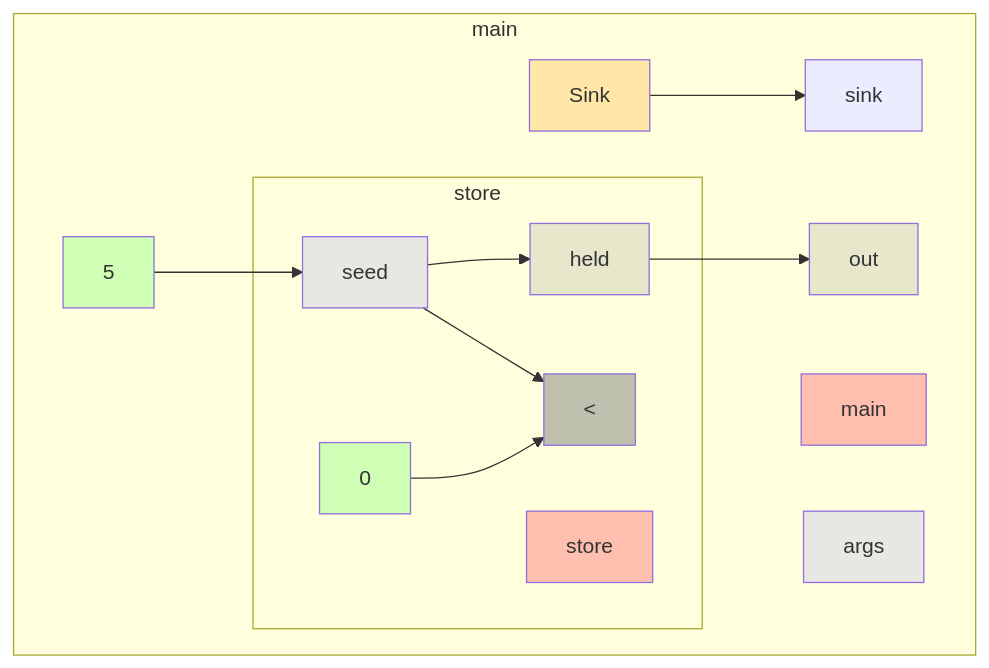
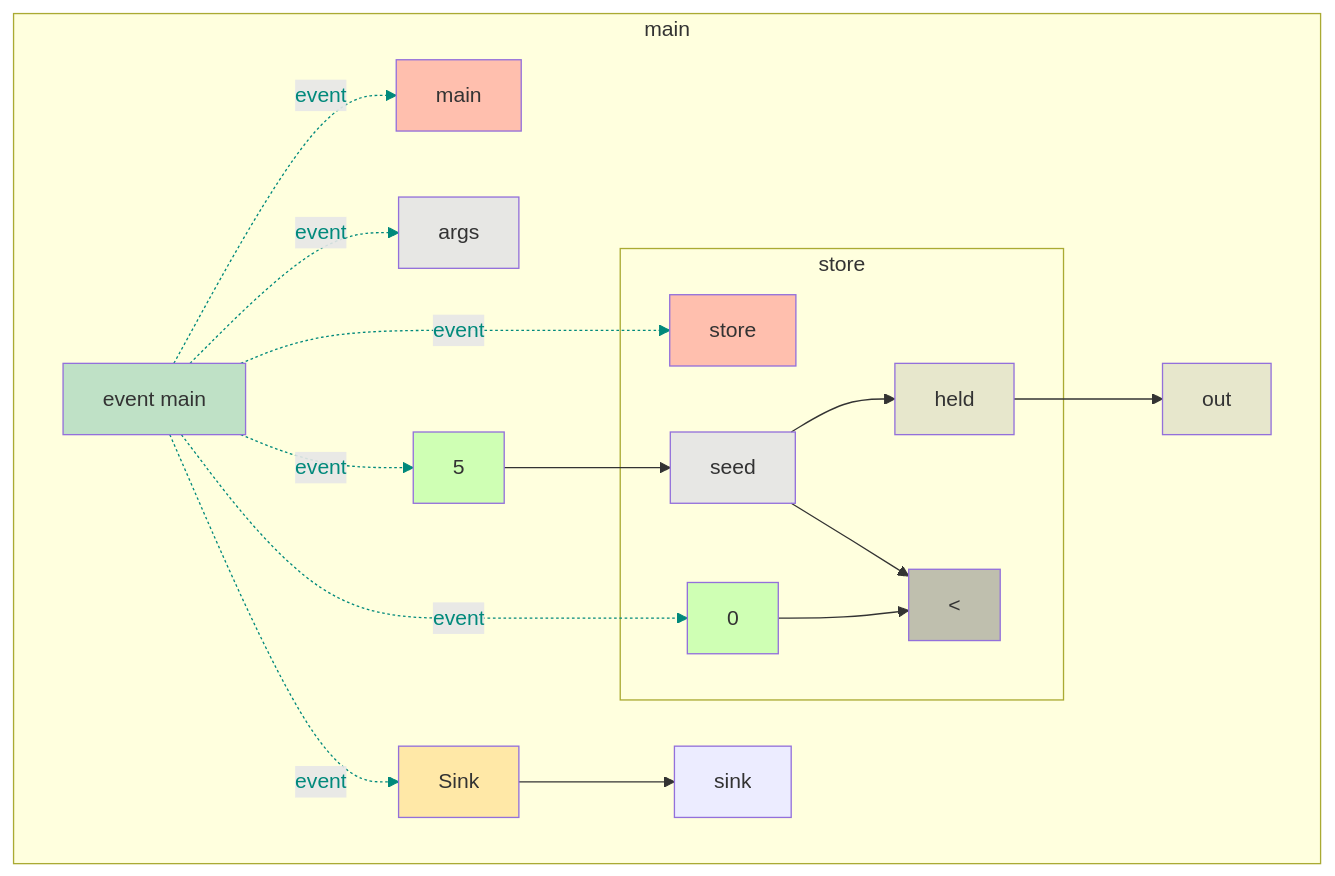
The diagram in app/src/test/resources/voidReturn/snapshot.md (gstiebler/codeflow), drawn with Mermaid before and after one commit. The commit also changed 77 other files, not shown here.

````diff
--- a/app/src/test/resources/voidReturn/snapshot.md
+++ b/app/src/test/resources/voidReturn/snapshot.md
@@ -1,31 +1,45 @@
 ```mermaid
 flowchart TD
   subgraph b0["main"]
-    n1[main]:::RETURN
-    n2[args]:::FUNC_PARAM
-    n3[Sink]:::EXTERNAL
-    n4[sink]:::OBJ_VARIABLE
-    n5[5]:::LITERAL
-    n12[out]:::VARIABLE
-    n3[Sink]:::EXTERNAL --> n4[sink]:::OBJ_VARIABLE
-    n5[5]:::LITERAL --> n8[seed]:::FUNC_PARAM
-    n11[held]:::VARIABLE --> n12[out]:::VARIABLE
-    subgraph b6["store"]
-      n7[store]:::RETURN
-      n8[seed]:::FUNC_PARAM
-      n9[0]:::LITERAL
-      n10[<]:::BIN_OP
-      n11[held]:::VARIABLE
-      n8[seed]:::FUNC_PARAM --> n10[<]:::BIN_OP
-      n8[seed]:::FUNC_PARAM --> n11[held]:::VARIABLE
-      n9[0]:::LITERAL --> n10[<]:::BIN_OP
+    n1[event main]:::EVENT
+    n2[main]:::RETURN
+    n3[args]:::FUNC_PARAM
+    n4[Sink]:::EXTERNAL
+    n5[sink]:::OBJ_VARIABLE
+    n6[5]:::LITERAL
+    n13[out]:::VARIABLE
+    n1[event main]:::EVENT -. event .-> n2[main]:::RETURN
+    n1[event main]:::EVENT -. event .-> n3[args]:::FUNC_PARAM
+    n1[event main]:::EVENT -. event .-> n4[Sink]:::EXTERNAL
+    n1[event main]:::EVENT -. event .-> n6[5]:::LITERAL
+    n1[event main]:::EVENT -. event .-> n8[store]:::RETURN
+    n1[event main]:::EVENT -. event .-> n10[0]:::LITERAL
+    n4[Sink]:::EXTERNAL --> n5[sink]:::OBJ_VARIABLE
+    n6[5]:::LITERAL --> n9[seed]:::FUNC_PARAM
+    n12[held]:::VARIABLE --> n13[out]:::VARIABLE
+    subgraph b7["store"]
+      n8[store]:::RETURN
+      n9[seed]:::FUNC_PARAM
+      n10[0]:::LITERAL
+      n11[<]:::BIN_OP
+      n12[held]:::VARIABLE
+      n9[seed]:::FUNC_PARAM --> n11[<]:::BIN_OP
+      n9[seed]:::FUNC_PARAM --> n12[held]:::VARIABLE
+      n10[0]:::LITERAL --> n11[<]:::BIN_OP
     end
   end
+  linkStyle 0 stroke:#00897b,color:#00897b
+  linkStyle 1 stroke:#00897b,color:#00897b
+  linkStyle 2 stroke:#00897b,color:#00897b
+  linkStyle 3 stroke:#00897b,color:#00897b
+  linkStyle 4 stroke:#00897b,color:#00897b
+  linkStyle 5 stroke:#00897b,color:#00897b
   classDef LITERAL fill:#00FF0030
   classDef VARIABLE fill:#80808030
   classDef BIN_OP fill:#80808080
   classDef FUNC_PARAM fill:#8080FF30
   classDef RETURN fill:#FF808080
   classDef EXTERNAL fill:#FFA50040
   classDef UNMODELLED fill:#FF000030,stroke-dasharray: 4 2
+  classDef EVENT fill:#00897B40
 ```
````
